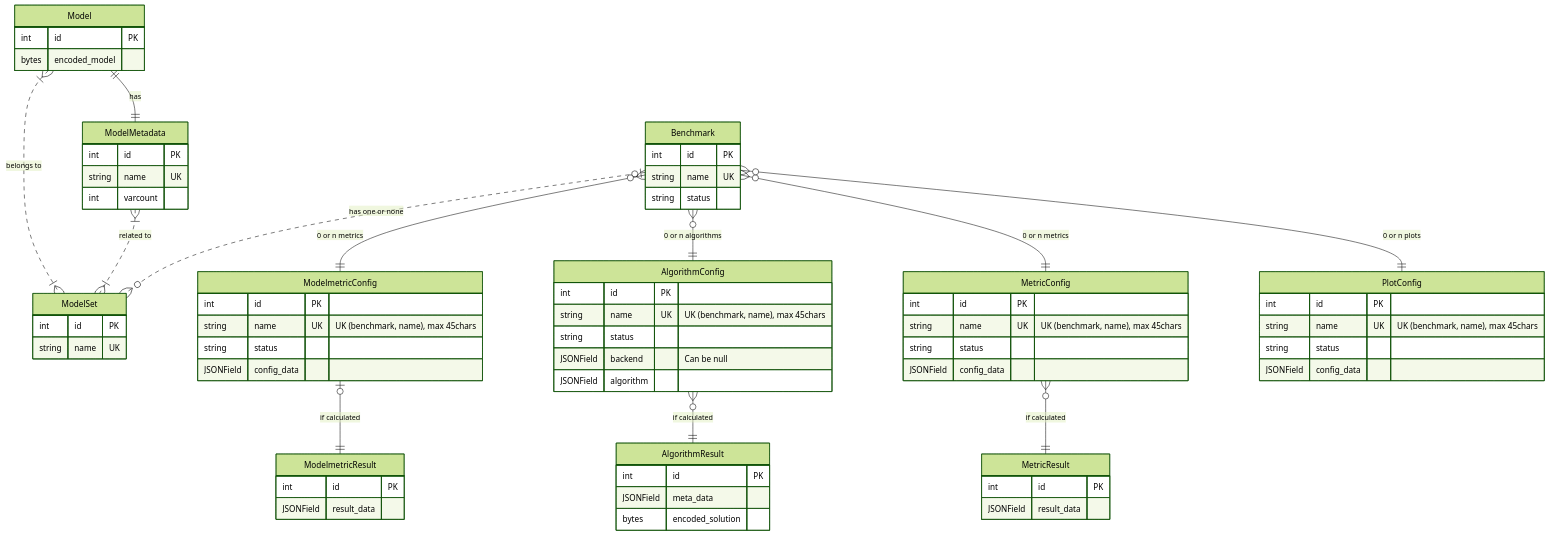
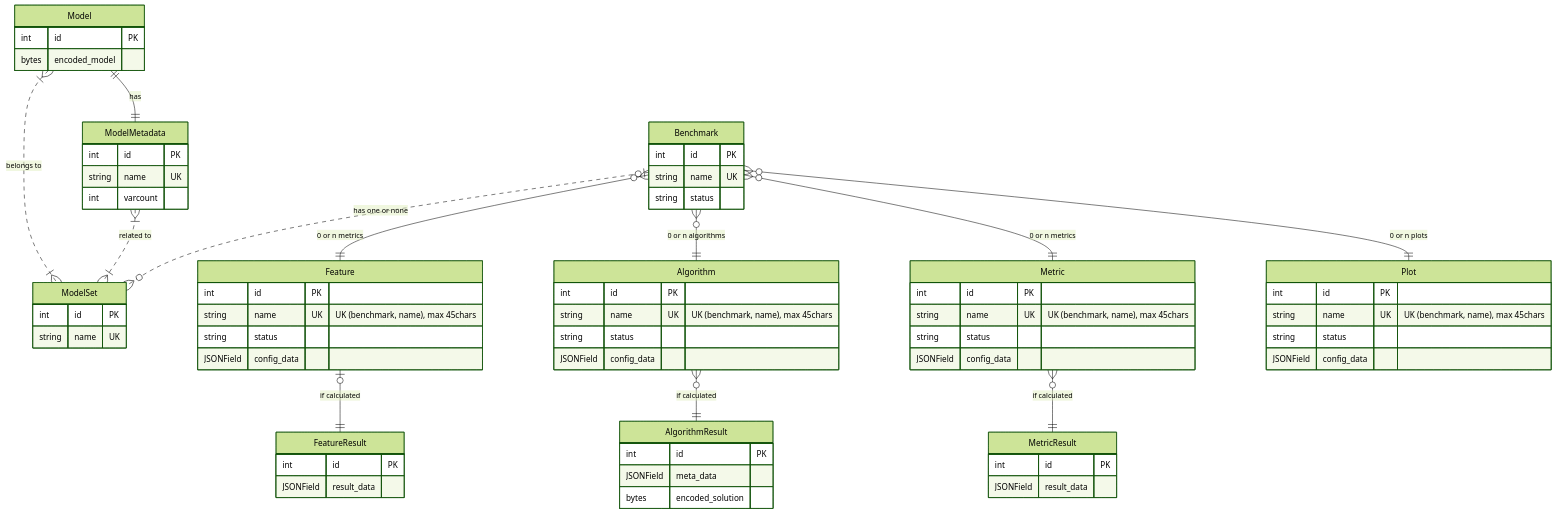
Before and after one commit to aqarios/luna-bench: the diagram in docs/database.md, drawn with Mermaid (forest theme). The commit also changed 168 other files, not shown here.

````diff
--- a/docs/database.md
+++ b/docs/database.md
@@ -1,84 +1,82 @@
 ```mermaid
 erDiagram
     Model ||--|| ModelMetadata: has
     Model }|..|{ ModelSet: "belongs to"
     ModelMetadata }|..|{ ModelSet: "related to"
     Benchmark o|..o{ ModelSet: "has one or none"
-    Benchmark }o--|| ModelmetricConfig: "0 or n metrics"
-    Benchmark }o--|| AlgorithmConfig: "0 or n algorithms"
-    Benchmark }o--|| MetricConfig: "0 or n metrics"
-    Benchmark }o--|| PlotConfig: "0 or n plots"
-    ModelmetricConfig |o--|| ModelmetricResult: "if calculated"
-    AlgorithmConfig }o--|| AlgorithmResult: "if calculated"
-    MetricConfig }o--|| MetricResult: "if calculated"
+    Benchmark }o--|| Feature: "0 or n metrics"
+    Benchmark }o--|| Algorithm: "0 or n algorithms"
+    Benchmark }o--|| Metric: "0 or n metrics"
+    Benchmark }o--|| Plot: "0 or n plots"
+    Feature |o--|| FeatureResult: "if calculated"
+    Algorithm }o--|| AlgorithmResult: "if calculated"
+    Metric }o--|| MetricResult: "if calculated"
 
     Model {
         int id PK
         bytes encoded_model
     }
 
     ModelMetadata {
         int id PK
         string name UK
         int varcount
     }
 
     ModelSet {
         int id PK
         string name UK
     }
 
     Benchmark {
         int id PK
         string name UK
         string status
     }
 
-    ModelmetricConfig {
+    Feature {
         int id PK
         string name UK "UK (benchmark, name), max 45chars"
         string status
         JSONField config_data
     }
 
-    ModelmetricResult {
+    FeatureResult {
         int id PK
         JSONField result_data
     }
 
-    MetricConfig {
+    Metric {
         int id PK
         string name UK "UK (benchmark, name), max 45chars"
         string status
         JSONField config_data
     }
 
     MetricResult {
         int id PK
         JSONField result_data
     }
 
-    AlgorithmConfig {
+    Algorithm {
         int id PK
         string name UK "UK (benchmark, name), max 45chars"
         string status
-        
-        JSONField backend "Can be null"
-        JSONField algorithm
+        JSONField config_data
     }
 
     AlgorithmResult {
         int id PK
         JSONField meta_data
         bytes encoded_solution
     }
 
-    PlotConfig {
+    Plot {
         int id PK
         string name UK "UK (benchmark, name), max 45chars"
         string status
         JSONField config_data
     }
 
 
 ```
````
